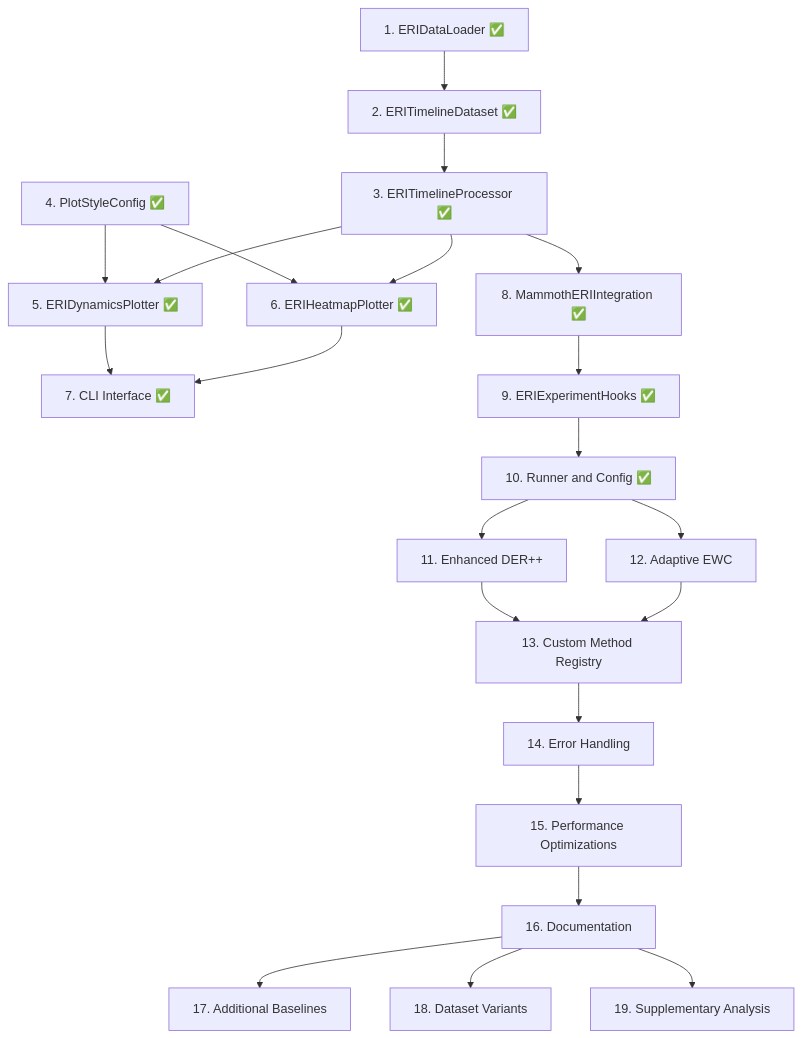
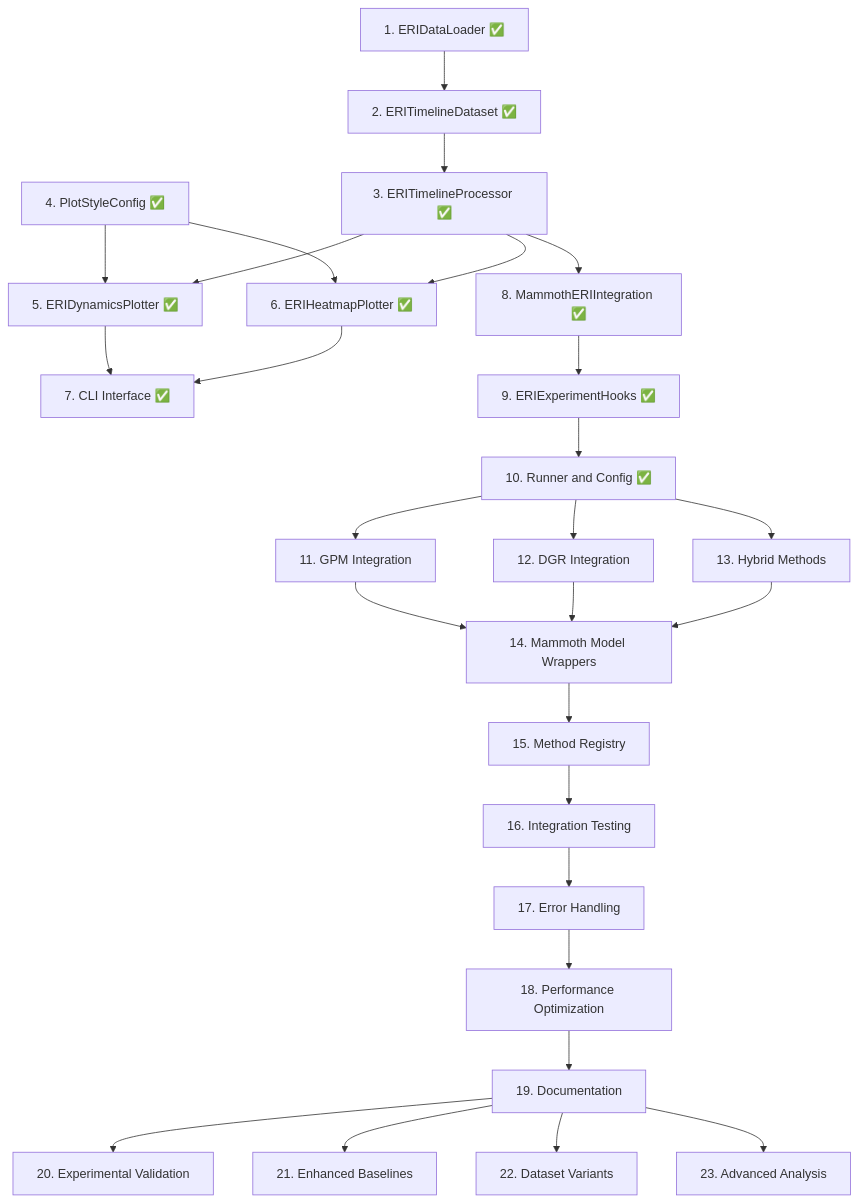
The diagram in .kiro/specs/eri-visualization-system/tasks.md (SamGu-NRX/shortcut-attention), drawn with Mermaid before and after one commit. The commit also changed other lines of this file and 36 other files, not shown here.

First line of the commit message:
feat: Update documentation and add new models for GPM integration

````diff
--- a/.kiro/specs/eri-visualization-system/tasks.md
+++ b/.kiro/specs/eri-visualization-system/tasks.md
@@ -370,30 +511,37 @@
 ```mermaid
 graph TD
     A[1. ERIDataLoader ✅] --> B[2. ERITimelineDataset ✅]
     B --> C[3. ERITimelineProcessor ✅]
 
     D[4. PlotStyleConfig ✅] --> E[5. ERIDynamicsPlotter ✅]
     D --> F[6. ERIHeatmapPlotter ✅]
     C --> E
     C --> F
 
     E --> G[7. CLI Interface ✅]
     F --> G
 
     C --> H[8. MammothERIIntegration ✅]
     H --> I[9. ERIExperimentHooks ✅]
     I --> J[10. Runner and Config ✅]
 
-    J --> K[11. Enhanced DER++]
-    J --> L[12. Adaptive EWC]
-    K --> M[13. Custom Method Registry]
-    L --> M
+    J --> K[11. GPM Integration]
+    J --> L[12. DGR Integration]
+    J --> M[13. Hybrid Methods]
 
-    M --> N[14. Error Handling]
-    N --> O[15. Performance Optimizations]
-    O --> P[16. Documentation]
+    K --> N[14. Mammoth Model Wrappers]
+    L --> N
+    M --> N
 
-    P --> Q[17. Additional Baselines]
-    P --> R[18. Dataset Variants]
-    P --> S[19. Supplementary Analysis]
+    N --> O[15. Method Registry]
+
+    O --> P[16. Integration Testing]
+    P --> Q[17. Error Handling]
+    Q --> R[18. Performance Optimization]
+    R --> S[19. Documentation]
+
+    S --> T[20. Experimental Validation]
+    S --> U[21. Enhanced Baselines]
+    S --> V[22. Dataset Variants]
+    S --> W[23. Advanced Analysis]
 ```
````
